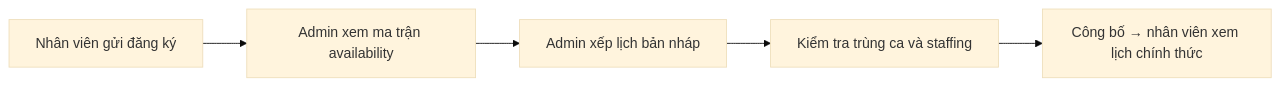
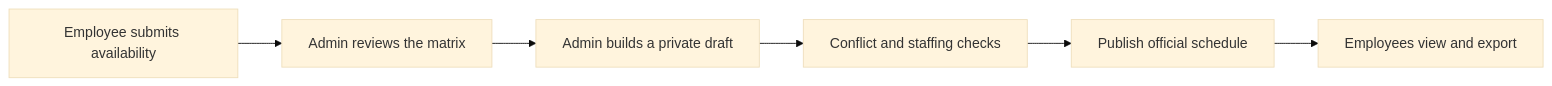
One commit to hungdeniubeo/Schedulework-Web changed the first of 3 diagrams in README.md. Above: the diagram before and after it, drawn with Mermaid (base theme). The commit also changed other lines of this file, not shown here.

````diff
--- a/README.md
+++ b/README.md
@@ -112,7 +133,8 @@
 ```mermaid
 flowchart LR
-    A["Nhân viên gửi đăng ký"] --> B["Admin xem ma trận availability"]
-    B --> C["Admin xếp lịch bản nháp"]
-    C --> D["Kiểm tra trùng ca và staffing"]
-    D --> E["Công bố → nhân viên xem lịch chính thức"]
+    A["Employee submits availability"] --> B["Admin reviews the matrix"]
+    B --> C["Admin builds a private draft"]
+    C --> D["Conflict and staffing checks"]
+    D --> E["Publish official schedule"]
+    E --> F["Employees view and export"]
 ```
````
